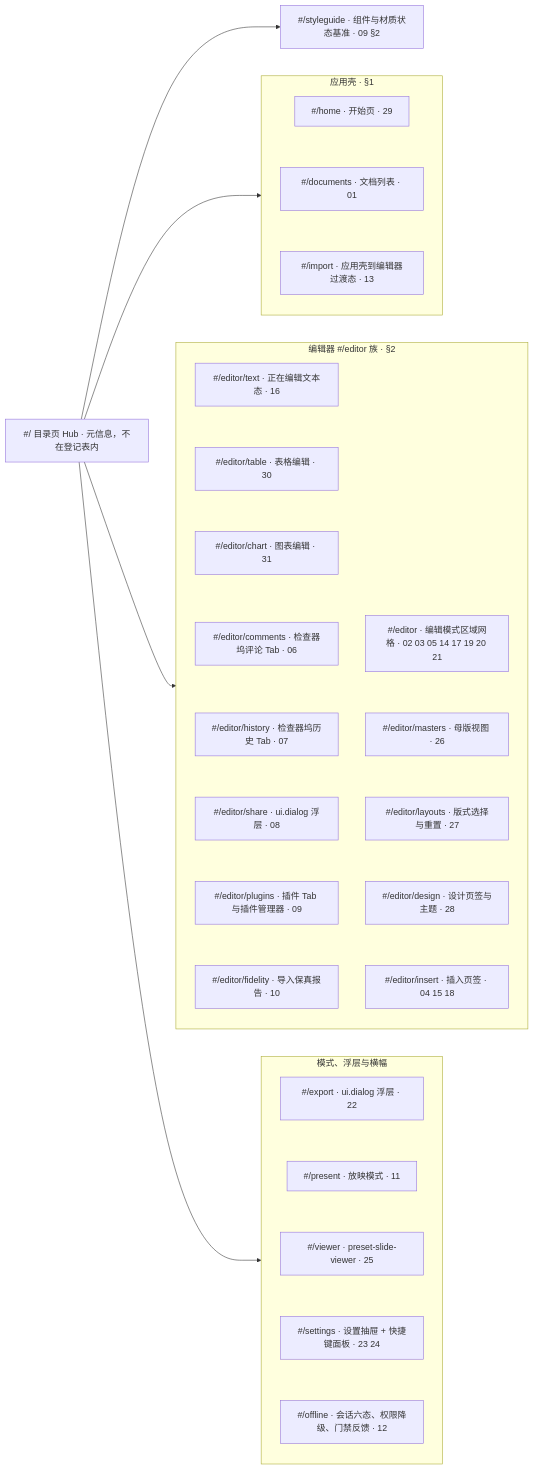
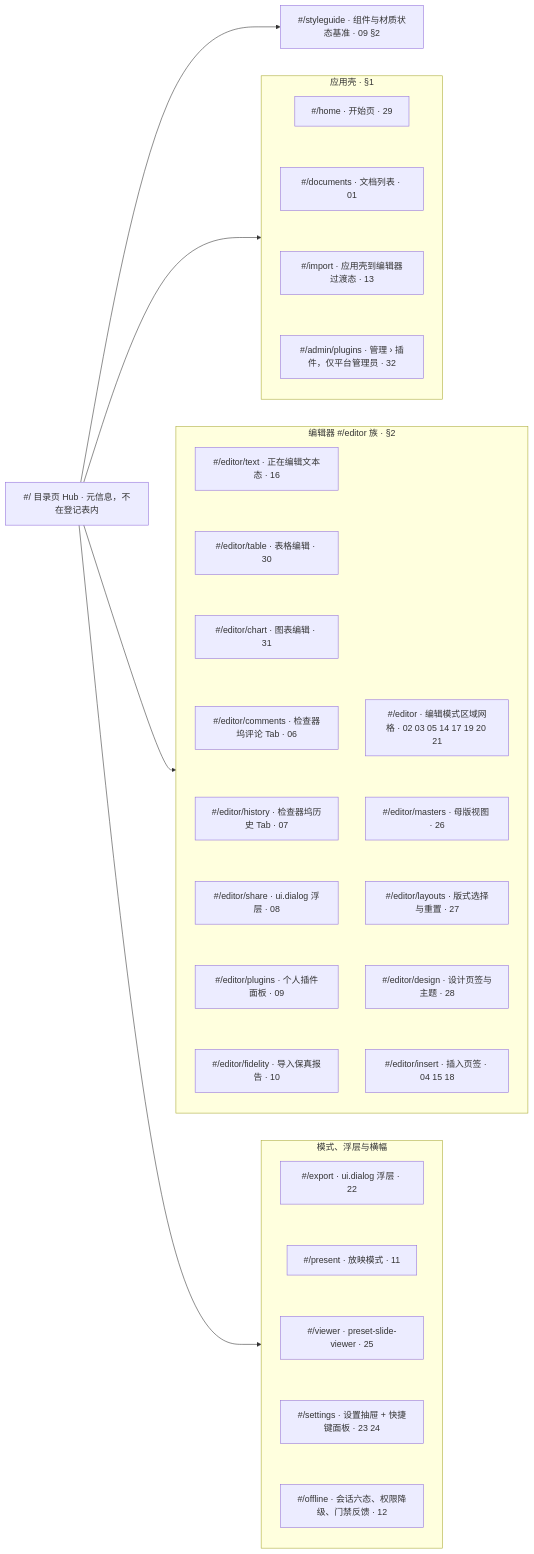
The sixth of 6 diagrams in docs/20-design/01-information-architecture.md (Xeonice/cordis-ppt-editor), drawn with Mermaid before and after one commit. The commit also changed other lines of this file and 16 other files, not shown here.

````diff
--- a/docs/20-design/01-information-architecture.md
+++ b/docs/20-design/01-information-architecture.md
@@ -375,42 +376,42 @@
 ```mermaid
 flowchart LR
   hub["#/ 目录页 Hub · 元信息，不在登记表内"]
   sg["#/styleguide · 组件与材质状态基准 · 09 §2"]
   subgraph shellR["应用壳 · §1"]
     direction TB
     rHome["#/home · 开始页 · 29"]
     rDocs["#/documents · 文档列表 · 01"]
-    rImport["#/import · 应用壳到编辑器过渡态 · 13"]
+    rImport["#/import · 应用壳到编辑器过渡态 · 13"] ~~~ rAdmin["#/admin/plugins · 管理 › 插件，仅平台管理员 · 32"]
   end
   subgraph editorR["编辑器 #/editor 族 · §2"]
     direction TB
     rEditor["#/editor · 编辑模式区域网格 · 02 03 05 14 17 19 20 21"]
     rMasters["#/editor/masters · 母版视图 · 26"]
     rLayouts["#/editor/layouts · 版式选择与重置 · 27"]
     rDesign["#/editor/design · 设计页签与主题 · 28"]
     rInsert["#/editor/insert · 插入页签 · 04 15 18"]
     rText["#/editor/text · 正在编辑文本态 · 16"]
     rTable["#/editor/table · 表格编辑 · 30"]
     rChart["#/editor/chart · 图表编辑 · 31"]
     rComments["#/editor/comments · 检查器坞评论 Tab · 06"]
     rHistory["#/editor/history · 检查器坞历史 Tab · 07"]
     rShare["#/editor/share · ui.dialog 浮层 · 08"]
-    rPlugins["#/editor/plugins · 插件 Tab 与插件管理器 · 09"] ~~~ rFidelity["#/editor/fidelity · 导入保真报告 · 10"]
+    rPlugins["#/editor/plugins · 个人插件面板 · 09"] ~~~ rFidelity["#/editor/fidelity · 导入保真报告 · 10"]
   end
   subgraph modeR["模式、浮层与横幅"]
     direction TB
     rExport["#/export · ui.dialog 浮层 · 22"]
     rPresent["#/present · 放映模式 · 11"]
     rViewer["#/viewer · preset-slide-viewer · 25"]
     rSettings["#/settings · 设置抽屉 + 快捷键面板 · 23 24"]
     rOffline["#/offline · 会话六态、权限降级、门禁反馈 · 12"]
   end
   hub --> sg
   hub --> shellR
   hub --> editorR
   hub --> modeR
   rHome ~~~ rDocs ~~~ rImport
   rEditor ~~~ rMasters ~~~ rLayouts ~~~ rDesign ~~~ rInsert
   rText ~~~ rTable ~~~ rChart ~~~ rComments ~~~ rHistory ~~~ rShare ~~~ rPlugins
   rExport ~~~ rPresent ~~~ rViewer ~~~ rSettings ~~~ rOffline
 ```
````
